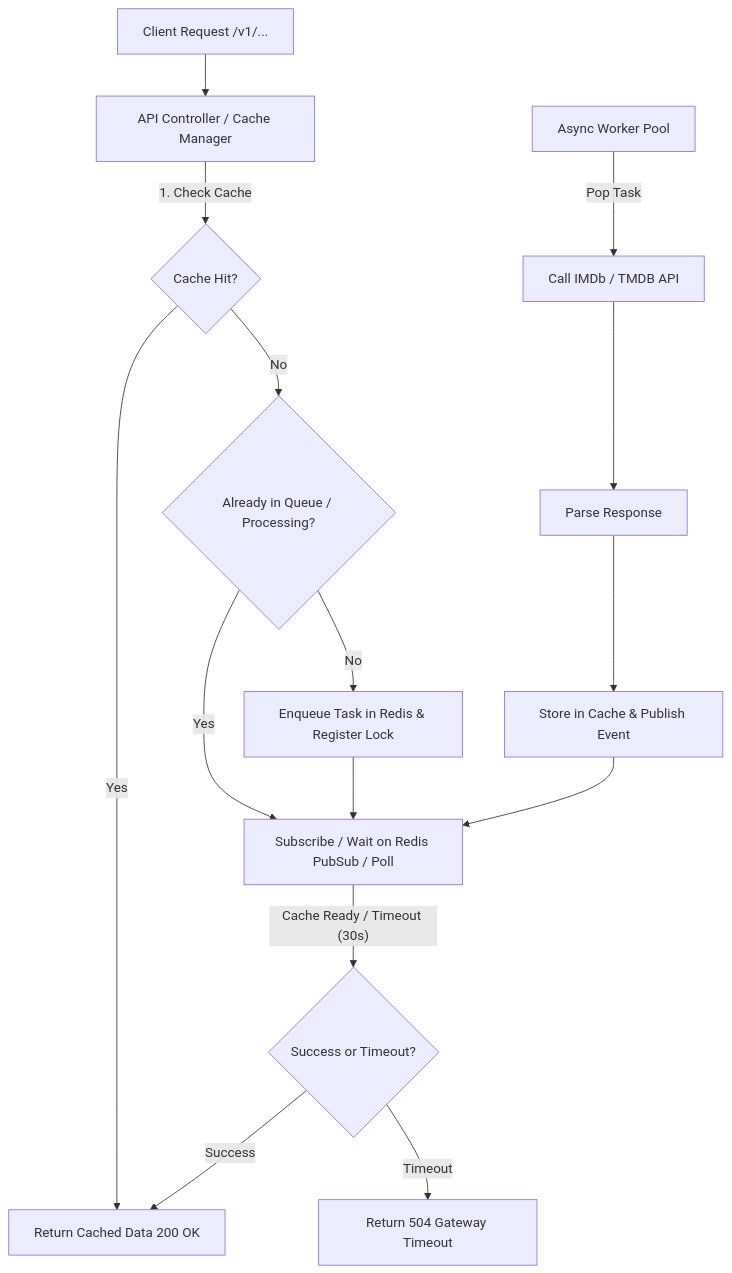
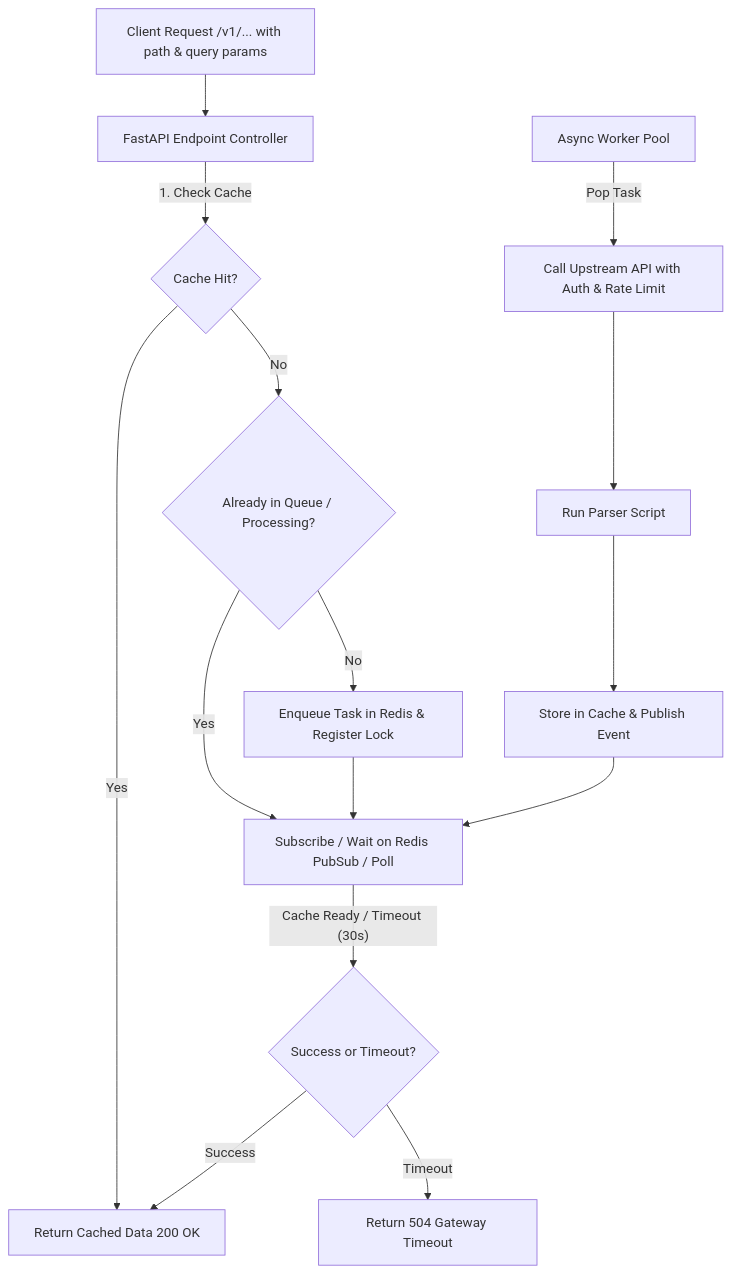
One commit to dougppaz/it-mdb-api changed the diagram in .specs/features/core-caching-queue/design.md. Above: the diagram before and after it, drawn with Mermaid. The commit also changed other lines of this file, not shown here.

````diff
--- a/.specs/features/core-caching-queue/design.md
+++ b/.specs/features/core-caching-queue/design.md
@@ -12,18 +12,18 @@
 ```mermaid
 graph TD
-    A[Client Request /v1/...] --> B[API Controller / Cache Manager]
+    A[Client Request /v1/... with path & query params] --> B[FastAPI Endpoint Controller]
     B -->|1. Check Cache| C{Cache Hit?}
     C -->|Yes| D[Return Cached Data 200 OK]
     C -->|No| E{Already in Queue / Processing?}
     E -->|Yes| F[Subscribe / Wait on Redis PubSub / Poll]
     E -->|No| G[Enqueue Task in Redis & Register Lock]
     G --> F
     F -->|"Cache Ready / Timeout (30s)"| H{Success or Timeout?}
     H -->|Success| D
     H -->|Timeout| I[Return 504 Gateway Timeout]
     
-    J[Async Worker Pool] -->|Pop Task| K[Call IMDb / TMDB API]
-    K --> L[Parse Response]
+    J[Async Worker Pool] -->|Pop Task| K[Call Upstream API with Auth & Rate Limit]
+    K --> L[Run Parser Script]
     L --> M[Store in Cache & Publish Event]
     M --> F
 ```
````
